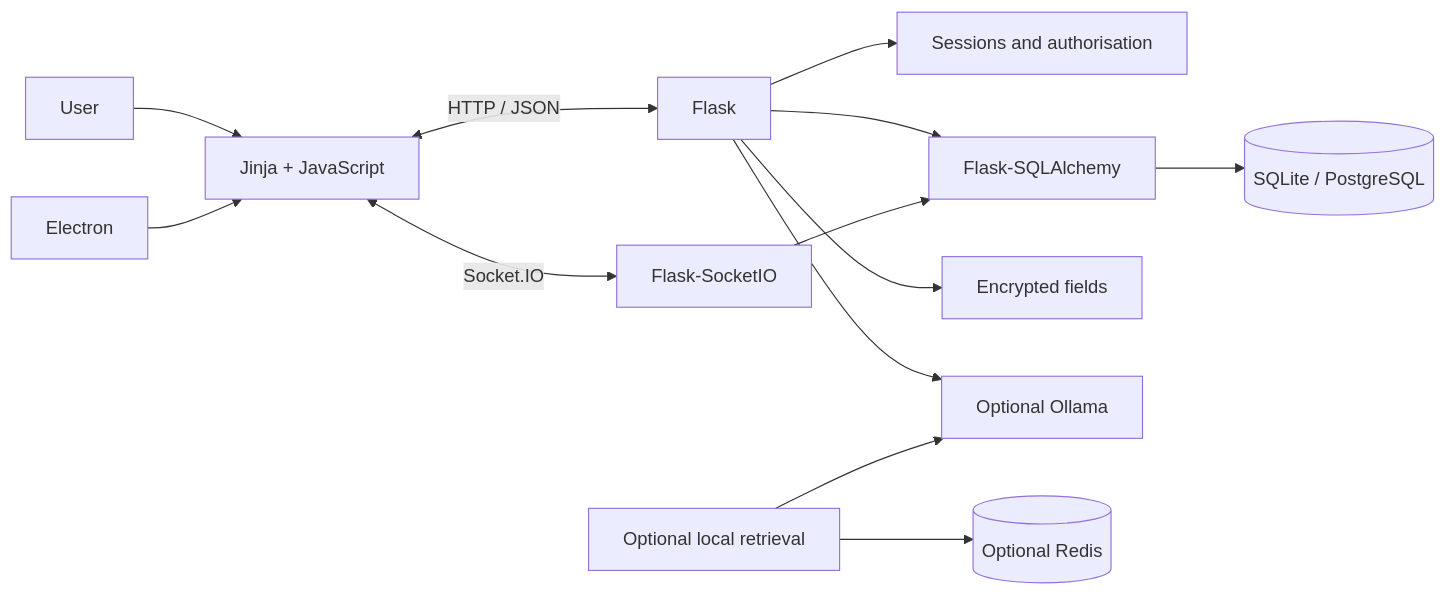
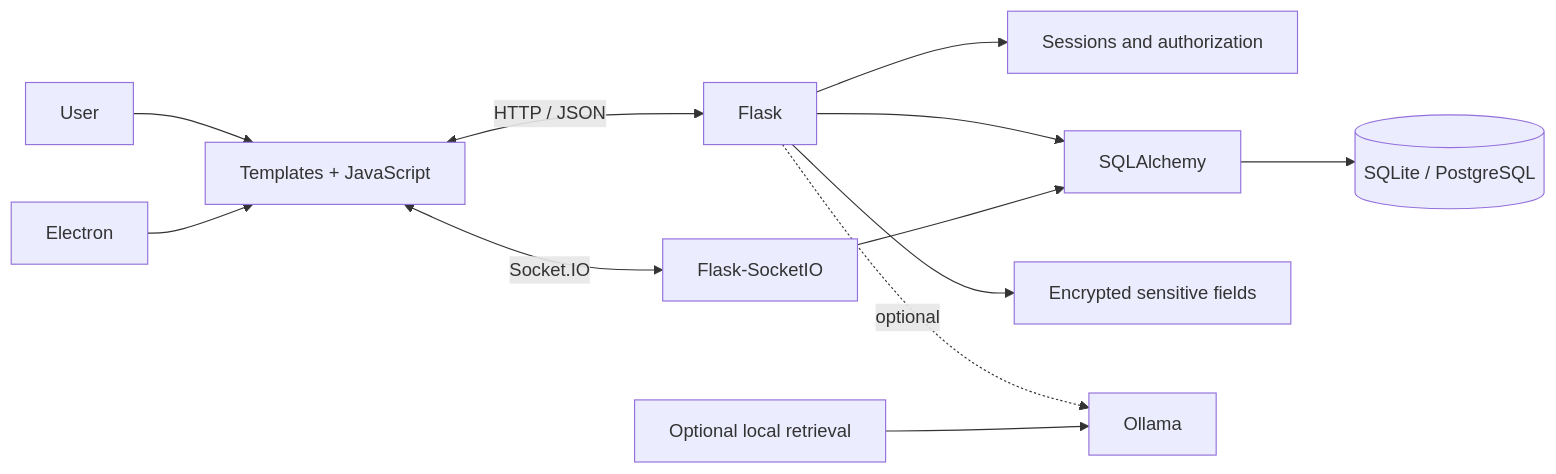
Before and after one commit to Mayconxzdev/HelpDesk: the diagram in README.en.md, drawn with Mermaid. The commit also changed other lines of this file and 1 other file, not shown here.

````diff
--- a/README.en.md
+++ b/README.en.md
@@ -95,15 +46,14 @@
 ```mermaid
 flowchart LR
-    U[User] --> WEB[Jinja + JavaScript]
+    U[User] --> WEB[Templates + JavaScript]
     DESK[Electron] --> WEB
     WEB <-->|HTTP / JSON| API[Flask]
     WEB <-->|Socket.IO| RT[Flask-SocketIO]
-    API --> AUTH[Sessions and authorisation]
-    API --> ORM[Flask-SQLAlchemy]
+    API --> AUTH[Sessions and authorization]
+    API --> ORM[SQLAlchemy]
     RT --> ORM
     ORM --> DB[(SQLite / PostgreSQL)]
-    API --> VAULT[Encrypted fields]
-    API --> OLLAMA[Optional Ollama]
+    API --> VAULT[Encrypted sensitive fields]
+    API -. optional .-> OLLAMA[Ollama]
     RAG[Optional local retrieval] --> OLLAMA
-    RAG --> REDIS[(Optional Redis)]
 ```
````
